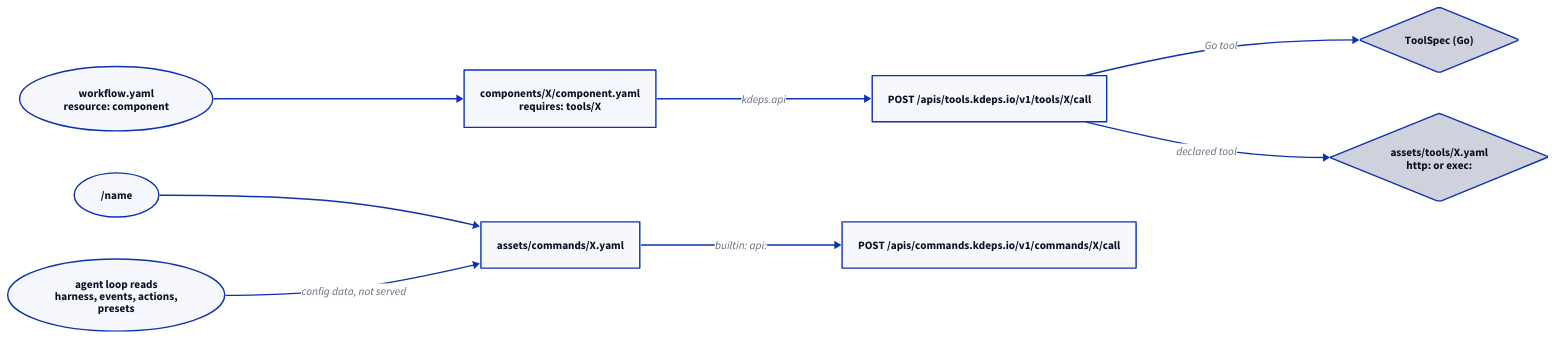
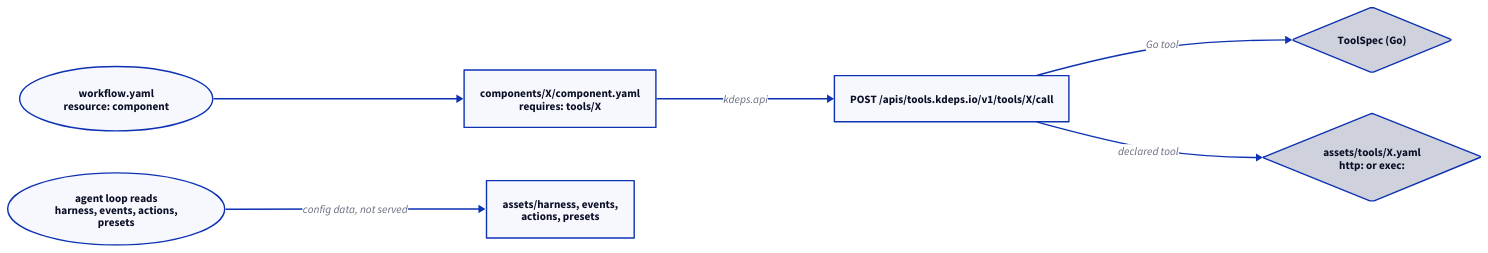
One commit to kdeps/kdeps changed the diagram in docs/v2/reference/api.md. Above: the diagram before and after it, drawn with D2. The commit also changed other lines of this file and 530 other files, not shown here.

````diff
--- a/docs/v2/reference/api.md
+++ b/docs/v2/reference/api.md
@@ -50,21 +50,17 @@
 ```d2
 direction: right
 
 workflow: "workflow.yaml\nresource: component" {shape: oval}
 component: "components/X/component.yaml\nrequires: tools/X"
 tools: "POST /apis/tools.kdeps.io/v1/tools/X/call"
 spec: "ToolSpec (Go)" {shape: diamond}
 declared: "assets/tools/X.yaml\nhttp: or exec:" {shape: diamond}
-command: "/name" {shape: oval}
-commands: "POST /apis/commands.kdeps.io/v1/commands/X/call"
-cmdasset: "assets/commands/X.yaml"
 loop: "agent loop reads\nharness, events, actions,\npresets" {shape: oval}
+loopdata: "assets/harness, events,\nactions, presets"
 
 workflow -> component
 component -> tools: "kdeps.api"
 tools -> spec: "Go tool"
 tools -> declared: "declared tool"
-command -> cmdasset
-cmdasset -> commands: "builtin: api:"
-loop -> cmdasset: "config data, not served"
+loop -> loopdata: "config data, not served"
 ```
````
